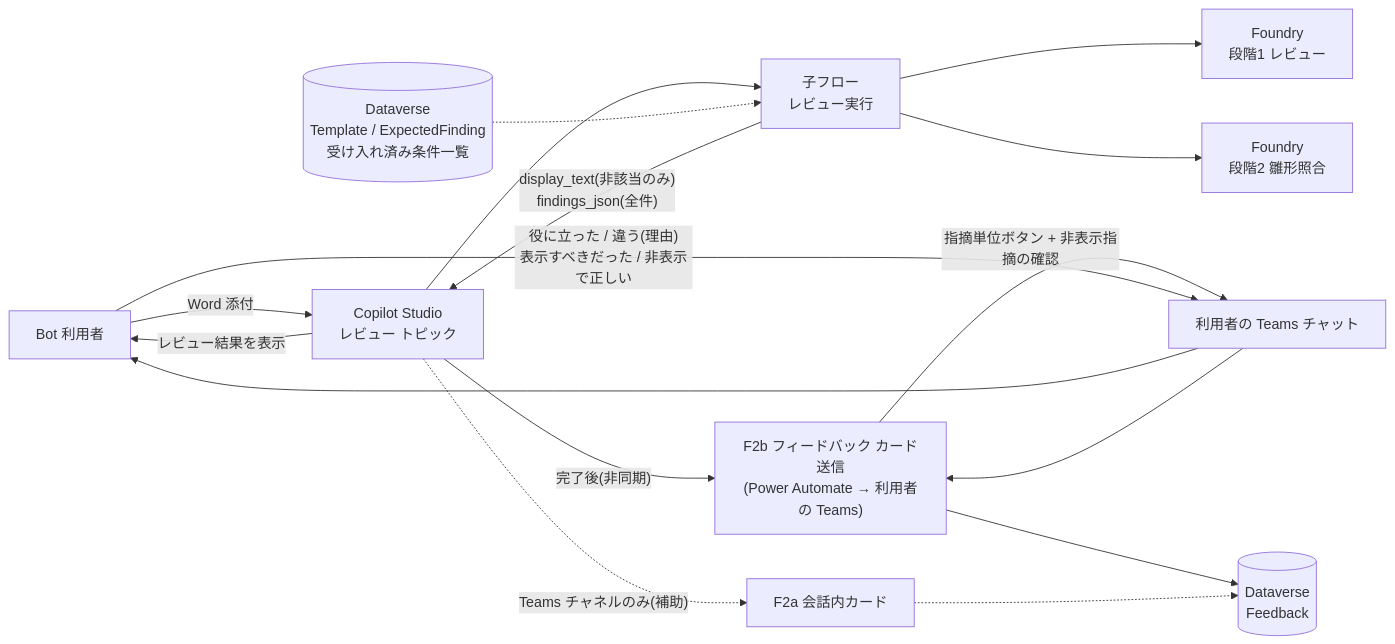
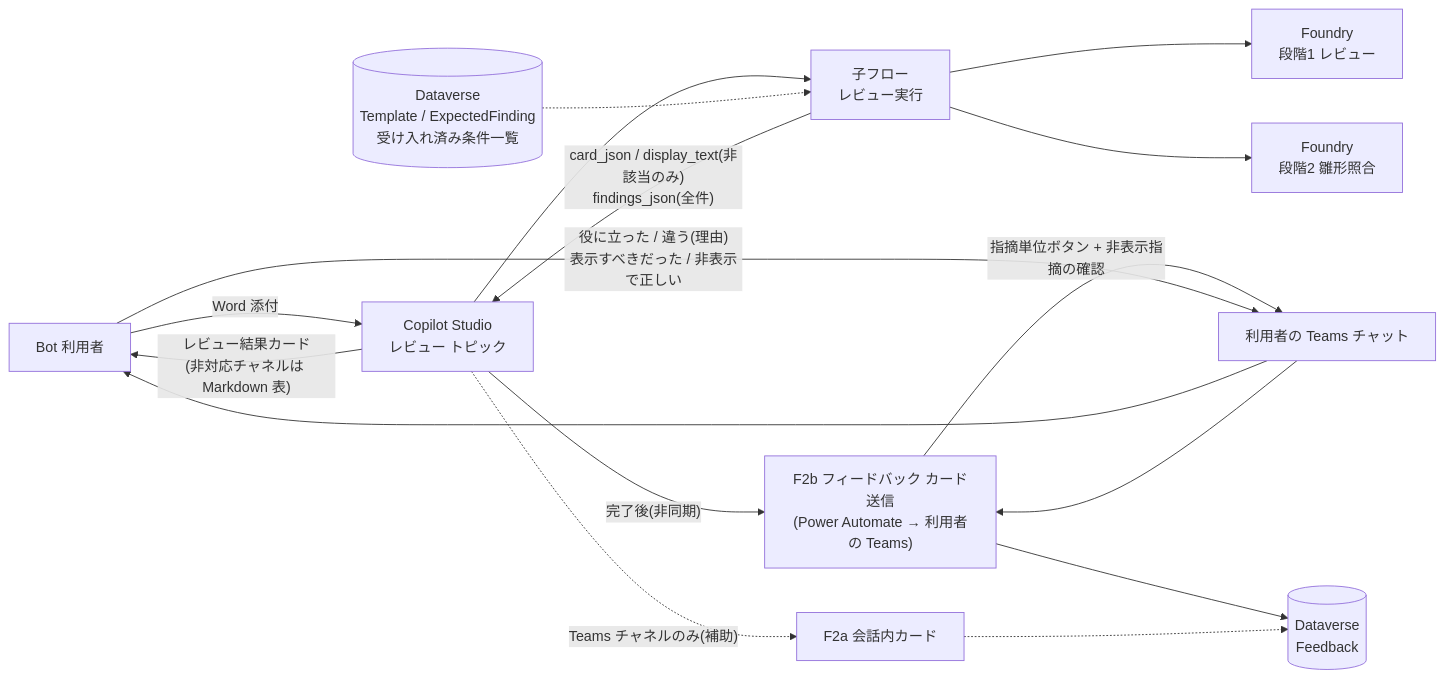
Before and after one commit to goro012/claude_code_test: the first of 14 diagrams in docs/09-diagrams.md, drawn with Mermaid. The commit also changed other lines of this file and 7 other files, not shown here.

````diff
--- a/docs/09-diagrams.md
+++ b/docs/09-diagrams.md
@@ -28,16 +28,16 @@
 ```mermaid
 flowchart LR
     U["Bot 利用者"] -->|"Word 添付"| T1["Copilot Studio\nレビュー トピック"]
     T1 --> CF["子フロー\nレビュー実行"]
     CF --> L1["Foundry\n段階1 レビュー"]
     CF --> L2["Foundry\n段階2 雛形照合"]
     GOLD[("Dataverse\nTemplate / ExpectedFinding\n受け入れ済み条件一覧")] -.-> CF
-    CF -->|"display_text(非該当のみ)\nfindings_json(全件)"| T1
-    T1 -->|"レビュー結果を表示"| U
+    CF -->|"card_json / display_text(非該当のみ)\nfindings_json(全件)"| T1
+    T1 -->|"レビュー結果カード\n(非対応チャネルは Markdown 表)"| U
     T1 -->|"完了後(非同期)"| F2B["F2b フィードバック カード送信\n(Power Automate → 利用者の Teams)"]
     F2B -->|"指摘単位ボタン + 非表示指摘の確認"| TEAMSU["利用者の Teams チャット"]
     TEAMSU --> U
     U -->|"役に立った / 違う(理由)\n表示すべきだった / 非表示で正しい"| TEAMSU
     TEAMSU --> F2B --> FB[("Dataverse\nFeedback")]
     T1 -.->|"Teams チャネルのみ(補助)"| T3["F2a 会話内カード"] -.-> FB
 ```
````
